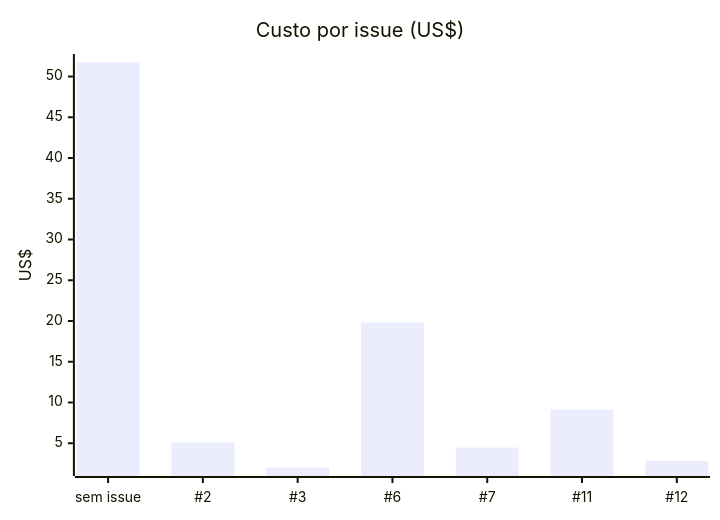
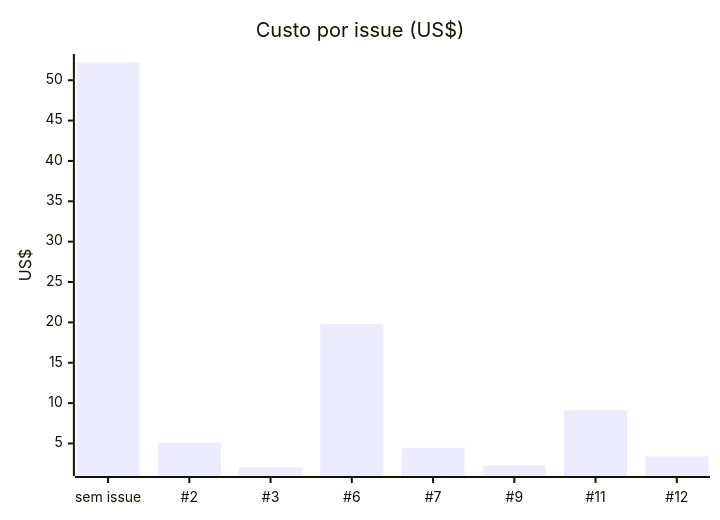
One commit to betoth/cantina changed the first of 2 diagrams in docs/ai-costs.md. Above: the diagram before and after it, drawn with Mermaid. The commit also changed other lines of this file and 8 other files, not shown here.

````diff
--- a/docs/ai-costs.md
+++ b/docs/ai-costs.md
@@ -10,7 +10,7 @@
 ```mermaid
 xychart-beta
     title "Custo por issue (US$)"
-    x-axis ["sem issue", "#2", "#3", "#6", "#7", "#11", "#12"]
+    x-axis ["sem issue", "#2", "#3", "#6", "#7", "#9", "#11", "#12"]
     y-axis "US$"
-    bar [51.7213, 5.0819, 2.0224, 19.8174, 4.4679, 9.1305, 2.8373]
+    bar [52.1946, 5.0819, 2.0224, 19.8174, 4.4679, 2.2922, 9.1305, 3.3871]
 ```
````
